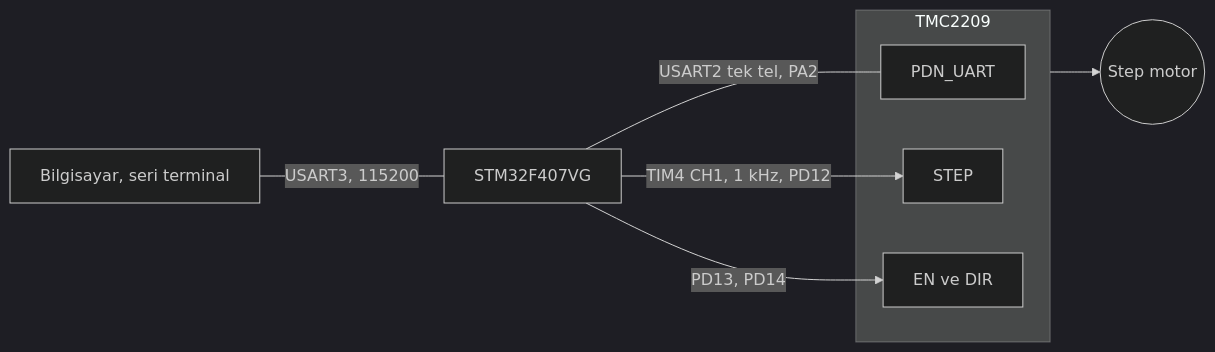
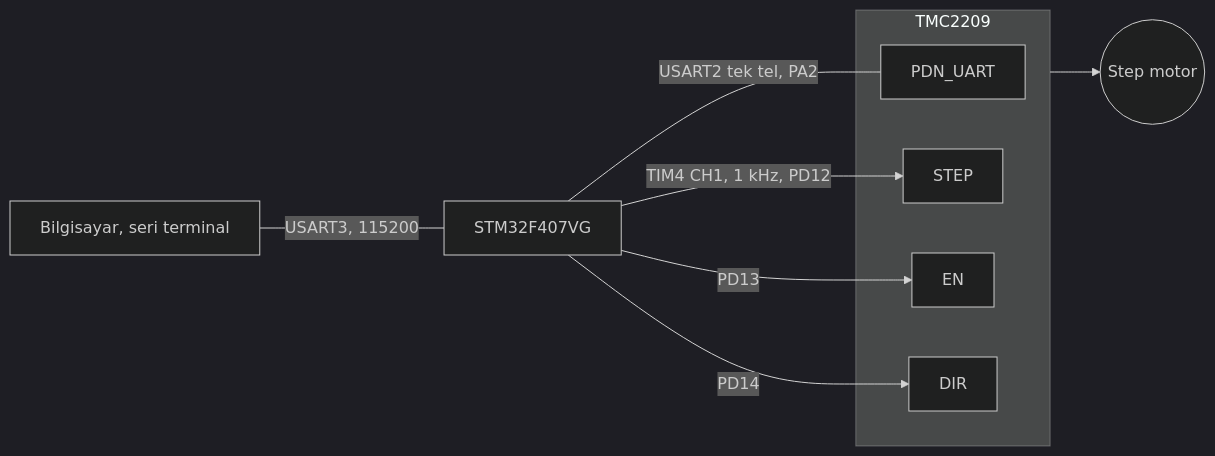
One commit to meyubcan/stm32-tmc2209-uart changed the diagram in README.md. Above: the diagram before and after it, drawn with Mermaid (dark theme). The commit also changed other lines of this file and 1 other file, not shown here.

Commit message:
EN ve DIR pinleri adlandirildi

````diff
--- a/README.md
+++ b/README.md
@@ -9,13 +9,15 @@
 ```mermaid
 flowchart LR
     PC[Bilgisayar, seri terminal] -- "USART3, 115200" --- MCU[STM32F407VG]
     MCU -- "USART2 tek tel, PA2" --- UART[PDN_UART]
     MCU -- "TIM4 CH1, 1 kHz, PD12" --> STEP[STEP]
-    MCU -- "PD13, PD14" --> CTRL[EN ve DIR]
+    MCU -- "PD13" --> EN[EN]
+    MCU -- "PD14" --> DIR[DIR]
     subgraph TMC2209
         UART
         STEP
-        CTRL
+        EN
+        DIR
     end
     TMC2209 --> M((Step motor))
 ```
````
